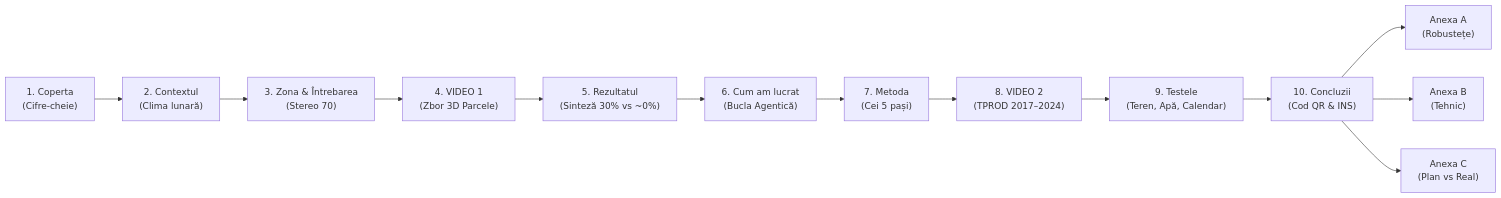
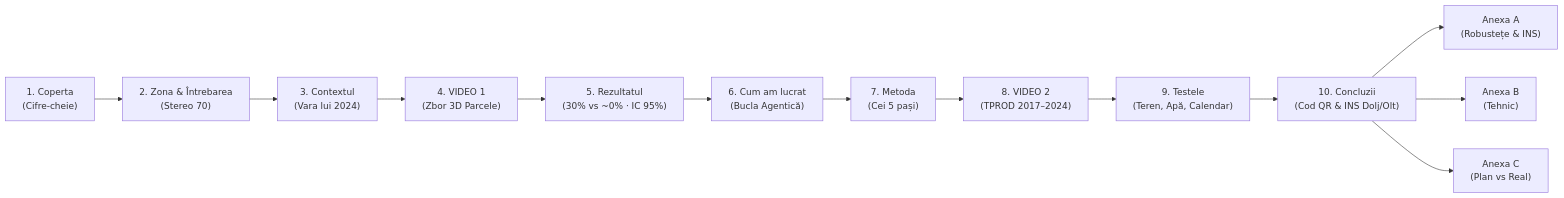
Before and after one commit to lefterpatrickandrei-sketch/atlas-seceta-2024: the first of 2 diagrams in README.md, drawn with Mermaid. The commit also changed other lines of this file, not shown here.

````diff
--- a/README.md
+++ b/README.md
@@ -63,15 +63,15 @@
 ```mermaid
 flowchart LR
-    S1["1. Coperta\n(Cifre-cheie)"] --> S2["2. Contextul\n(Clima lunară)"]
-    S2 --> S3["3. Zona & Întrebarea\n(Stereo 70)"]
+    S1["1. Coperta\n(Cifre-cheie)"] --> S2["2. Zona & Întrebarea\n(Stereo 70)"]
+    S2 --> S3["3. Contextul\n(Vara lui 2024)"]
     S3 --> S4["4. VIDEO 1\n(Zbor 3D Parcele)"]
-    S4 --> S5["5. Rezultatul\n(Sinteză 30% vs ~0%)"]
+    S4 --> S5["5. Rezultatul\n(30% vs ~0% · IC 95%)"]
     S5 --> S6["6. Cum am lucrat\n(Bucla Agentică)"]
     S6 --> S7["7. Metoda\n(Cei 5 pași)"]
     S7 --> S8["8. VIDEO 2\n(TPROD 2017–2024)"]
     S8 --> S9["9. Testele\n(Teren, Apă, Calendar)"]
-    S9 --> S10["10. Concluzii\n(Cod QR & INS)"]
-    S10 --> S11["Anexa A\n(Robustețe)"]
+    S9 --> S10["10. Concluzii\n(Cod QR & INS Dolj/Olt)"]
+    S10 --> S11["Anexa A\n(Robustețe & INS)"]
     S10 --> S12["Anexa B\n(Tehnic)"]
     S10 --> S13["Anexa C\n(Plan vs Real)"]
 ```
````
